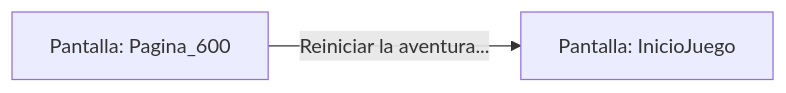
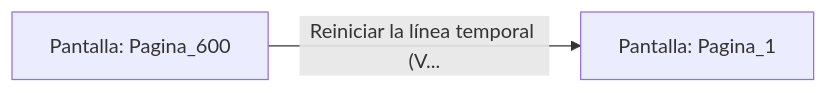
One commit to metsuke/mpl changed the diagram in sample/eligejuego-vault/Pantalla_Pagina_600.md. Above: the diagram before and after it, drawn with Mermaid. The commit also changed other lines of this file and 635 other files, not shown here.

First line of the commit message:
fix: añadir Pagina_1 como pantalla inicial en capitulo_01.mpl

````diff
--- a/sample/eligejuego-vault/Pantalla_Pagina_600.md
+++ b/sample/eligejuego-vault/Pantalla_Pagina_600.md
@@ -17,5 +17,5 @@
 ```mermaid
 graph LR
     P_Pagina_600["Pantalla: Pagina_600"]
-    P_Pagina_600 -->|"Reiniciar la aventura..."| P_InicioJuego["Pantalla: InicioJuego"]
+    P_Pagina_600 -->|"Reiniciar la línea temporal (V..."| P_Pagina_1["Pantalla: Pagina_1"]
 ```
````
